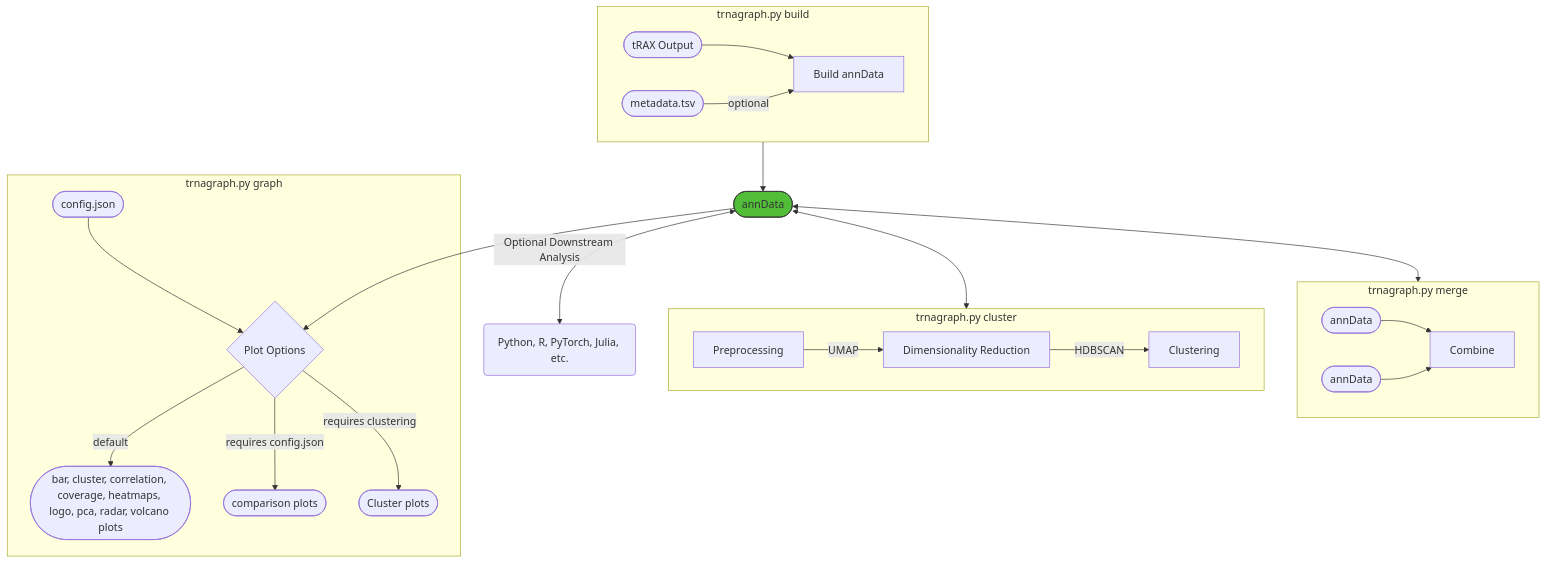
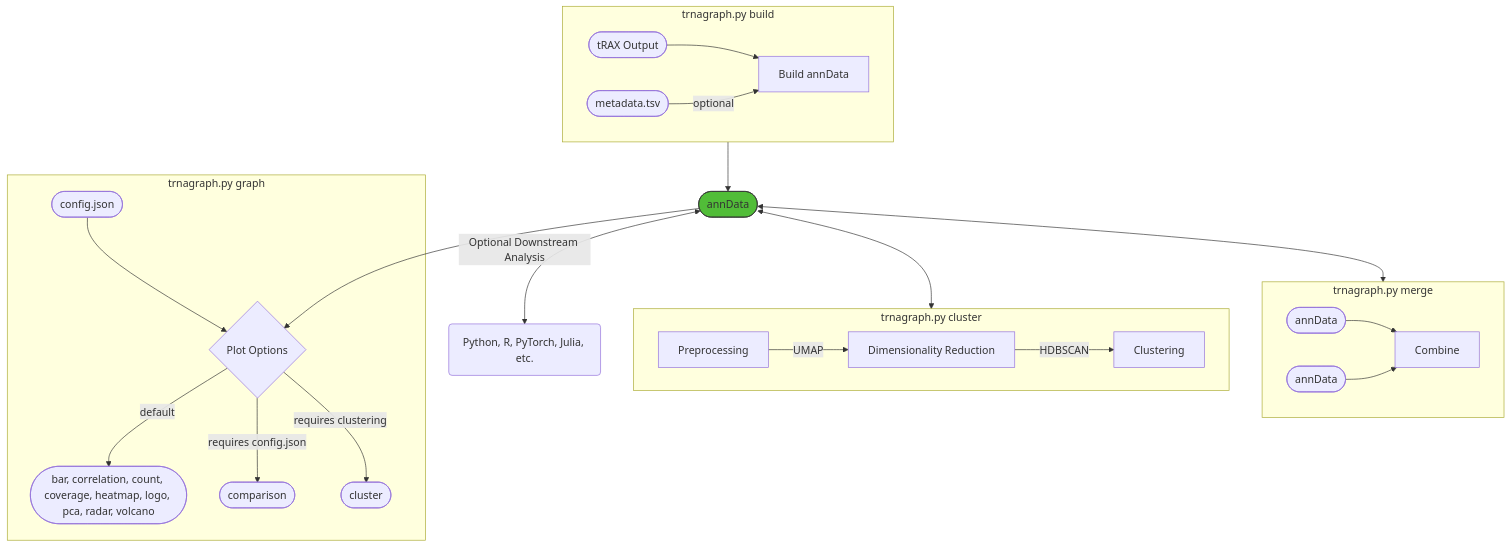
The diagram in README.md (alba1735/tRNAgraph), drawn with Mermaid before and after one commit. The commit also changed other lines of this file and 5 other files, not shown here.

First line of the commit message:
Split bar and counts into two seperate plotting functions, expanded the functionality of the bar plots, added more features to cluster plots, vastly improved seqlogos with new features, better support for colormaps from config.json in some plots

````diff
--- a/README.md
+++ b/README.md
@@ -13,26 +13,26 @@
 ```mermaid
     flowchart TD
       subgraph sg1 [trnagraph.py build]
         I1([tRAX Output]) --> B[Build annData]
         M([metadata.tsv]) -->|optional| B
       end
       sg1 --> I2([annData])
       I2 <-->|Optional Downstream Analysis| R(Python, R, PyTorch, Julia, etc.)
       I2 <--> sg3
       subgraph sg3 [trnagraph.py cluster]
         C1[Preprocessing] -->|UMAP| C2[Dimensionality Reduction] -->|HDBSCAN| C3[Clustering] 
       end
       I2 <--> sg4
       subgraph sg4 [trnagraph.py merge]
         I3([annData]) --> C[Combine]
         I4([annData]) --> C
       end
       I2 --> G{Plot Options}
       subgraph sg2 [trnagraph.py graph]
-        G -->|default| G1([bar, cluster, correlation, coverage, heatmaps, logo, pca, radar, volcano plots])
-        G -->|requires config.json| G2([comparison plots])
-        G -->|requires clustering| G3([Cluster plots])
+        G -->|default| G1([bar, correlation, count, coverage, heatmap, logo, pca, radar, volcano])
+        G -->|requires config.json| G2([comparison])
+        G -->|requires clustering| G3([cluster])
         J([config.json]) --> G 
       end
       style I2 fill:#51BD38,stroke:#333
 ```
````
